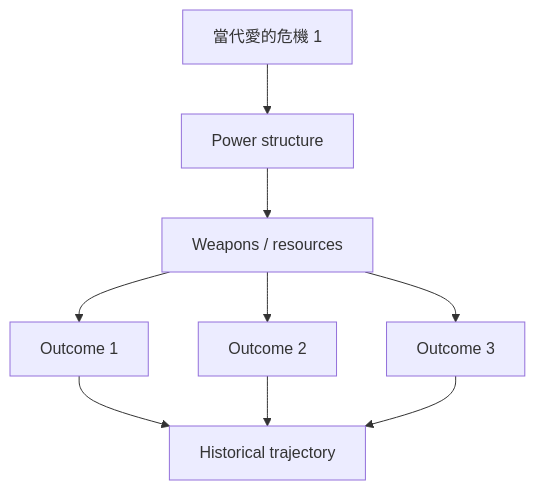
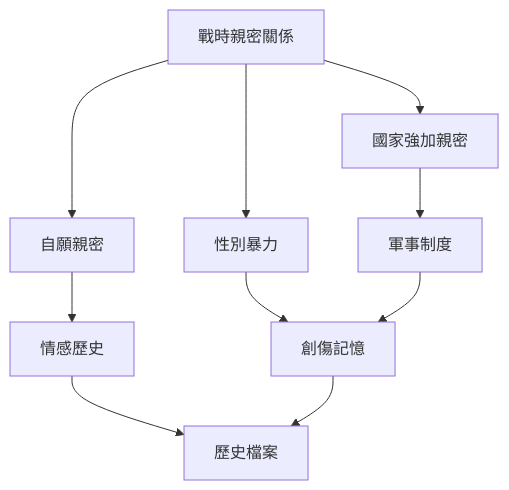
One commit to yip-lgtm/HKU-Harvard-History-Self-Study changed the fifth of 10 diagrams in 02_Harvard_Courses/Fall_Courses/Hist137_History_of_Love.md. Above: the diagram before and after it, drawn with Mermaid. The commit also changed other lines of this file and 65 other files, not shown here.

````diff
--- a/02_Harvard_Courses/Fall_Courses/Hist137_History_of_Love.md
+++ b/02_Harvard_Courses/Fall_Courses/Hist137_History_of_Love.md
@@ -265,11 +258,12 @@
 ```mermaid
 graph TD
-    A[當代愛的危機 1] --> B[Power structure]
-    B --> C[Weapons / resources]
-    C --> D[Outcome 1]
-    C --> E[Outcome 2]
-    C --> F[Outcome 3]
-    D --> G[Historical trajectory]
-    E --> G
+    A[戰時親密關係] --> B[自願親密]
+    A --> C[國家強加親密]
+    A --> D[性別暴力]
+    B --> E[情感歷史]
+    C --> F[軍事制度]
+    D --> G[創傷記憶]
     F --> G
+    E --> H[歷史檔案]
+    G --> H
 ```
````
